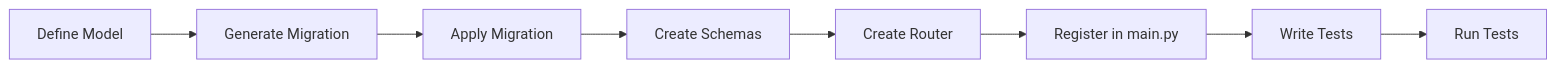
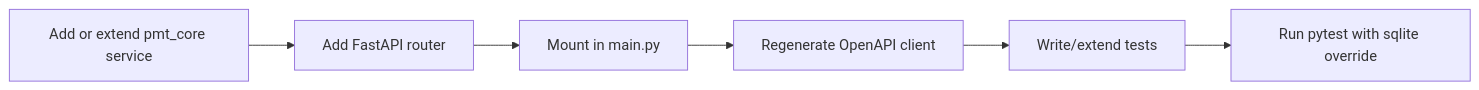
Before and after one commit to orkapodavid/Portfolio-Management-Tool-FastAPI-NextJS: the diagram in docs/fastapi_backend/backend-development-guide.md, drawn with Mermaid. The commit also changed other lines of this file and 4 other files, not shown here.

````diff
--- a/docs/fastapi_backend/backend-development-guide.md
+++ b/docs/fastapi_backend/backend-development-guide.md
@@ -249,10 +322,8 @@
 ```mermaid
 flowchart LR
-    A[Define Model] --> B[Generate Migration]
-    B --> C[Apply Migration]
-    C --> D[Create Schemas]
-    D --> E[Create Router]
-    E --> F[Register in main.py]
-    F --> G[Write Tests]
-    G --> H[Run Tests]
+    A[Add or extend pmt_core service] --> B[Add FastAPI router]
+    B --> C[Mount in main.py]
+    C --> D[Regenerate OpenAPI client]
+    D --> E[Write/extend tests]
+    E --> F[Run pytest with sqlite override]
 ```
````
